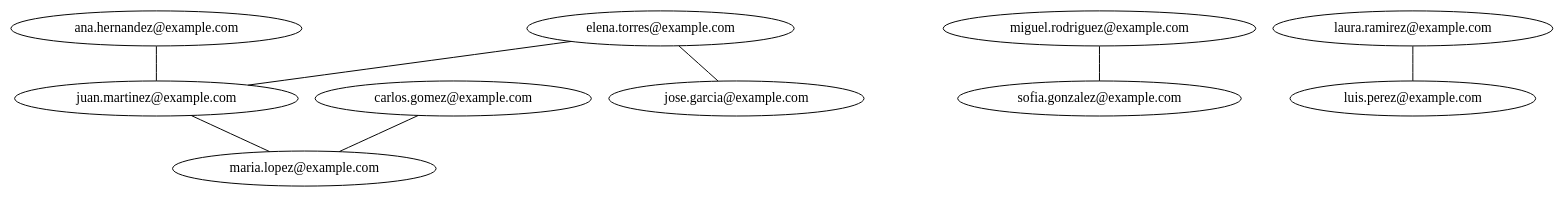
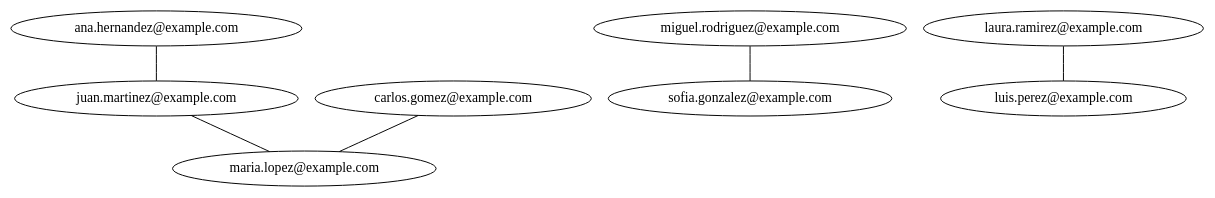
One commit to Kevin-alvarez1/PROYECTO_MULTIFASES_RED_SOCIAL changed the diagram in Fase3/main/build/Desktop_Qt_6_7_2_MinGW_64_bit-Debug/grafo.dot. Above: the diagram before and after it, drawn with Graphviz. The commit also changed 55 other files, not shown here.

```diff
--- a/Fase3/main/build/Desktop_Qt_6_7_2_MinGW_64_bit-Debug/grafo.dot
+++ b/Fase3/main/build/Desktop_Qt_6_7_2_MinGW_64_bit-Debug/grafo.dot
@@ -1,19 +1,15 @@
 digraph G {
 "ana.hernandez@example.com"[label="ana.hernandez@example.com"];
 "ana.hernandez@example.com" -> "juan.martinez@example.com"[dir=none];
 "juan.martinez@example.com"[label="juan.martinez@example.com"];
 "juan.martinez@example.com" -> "maria.lopez@example.com"[dir=none];
 "miguel.rodriguez@example.com"[label="miguel.rodriguez@example.com"];
 "miguel.rodriguez@example.com" -> "sofia.gonzalez@example.com"[dir=none];
 "sofia.gonzalez@example.com"[label="sofia.gonzalez@example.com"];
 "luis.perez@example.com"[label="luis.perez@example.com"];
 "laura.ramirez@example.com"[label="laura.ramirez@example.com"];
 "laura.ramirez@example.com" -> "luis.perez@example.com"[dir=none];
 "carlos.gomez@example.com"[label="carlos.gomez@example.com"];
 "carlos.gomez@example.com" -> "maria.lopez@example.com"[dir=none];
 "maria.lopez@example.com"[label="maria.lopez@example.com"];
-"jose.garcia@example.com"[label="jose.garcia@example.com"];
-"elena.torres@example.com"[label="elena.torres@example.com"];
-"elena.torres@example.com" -> "jose.garcia@example.com"[dir=none];
-"elena.torres@example.com" -> "juan.martinez@example.com"[dir=none];
 }
```
